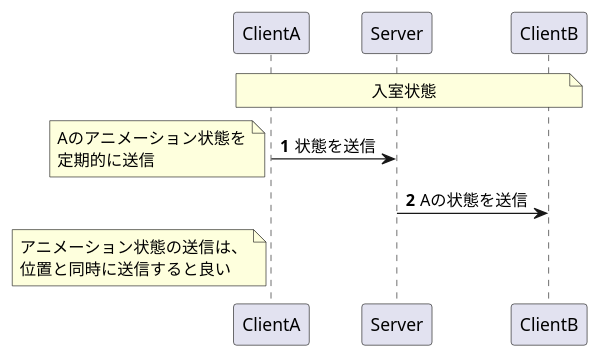
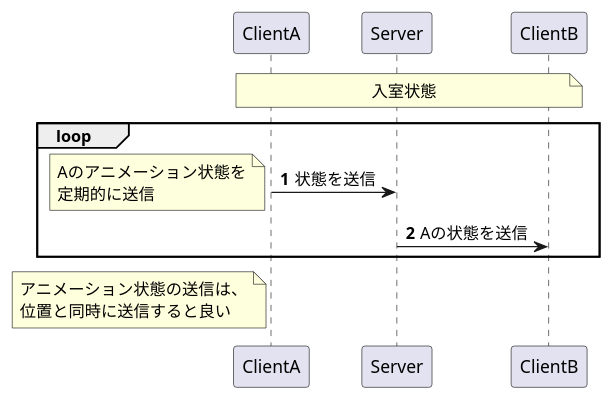
The diagram in Document/Animation.puml (Bekomochi/RealTime-Repository), drawn with PlantUML before and after one commit. The commit also changed 1 other file, not shown here.

Commit message:
アニメーション同期、排他制御のシーケンス図を編集

```diff
--- a/Document/Animation.puml
+++ b/Document/Animation.puml
@@ -1,18 +1,20 @@
 @startuml
 'https://plantuml.com/sequence-diagram
 
 autonumber
 
 participant ClientA
 participant Server
 participant ClientB
 
 note across:入室状態
 
+loop
 ClientA->Server:状態を送信
 note left:Aのアニメーション状態を\n定期的に送信
 ClientB<-Server:Aの状態を送信
+end
 
 note left of ClientA:アニメーション状態の送信は、\n位置と同時に送信すると良い
 
 @enduml
```
